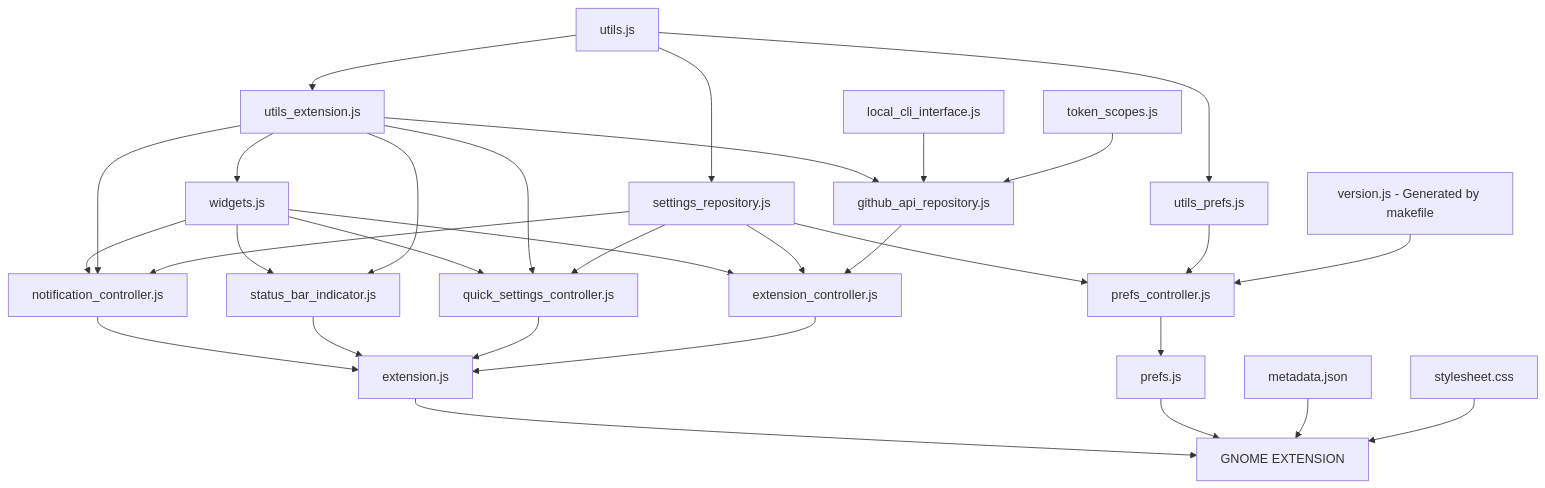
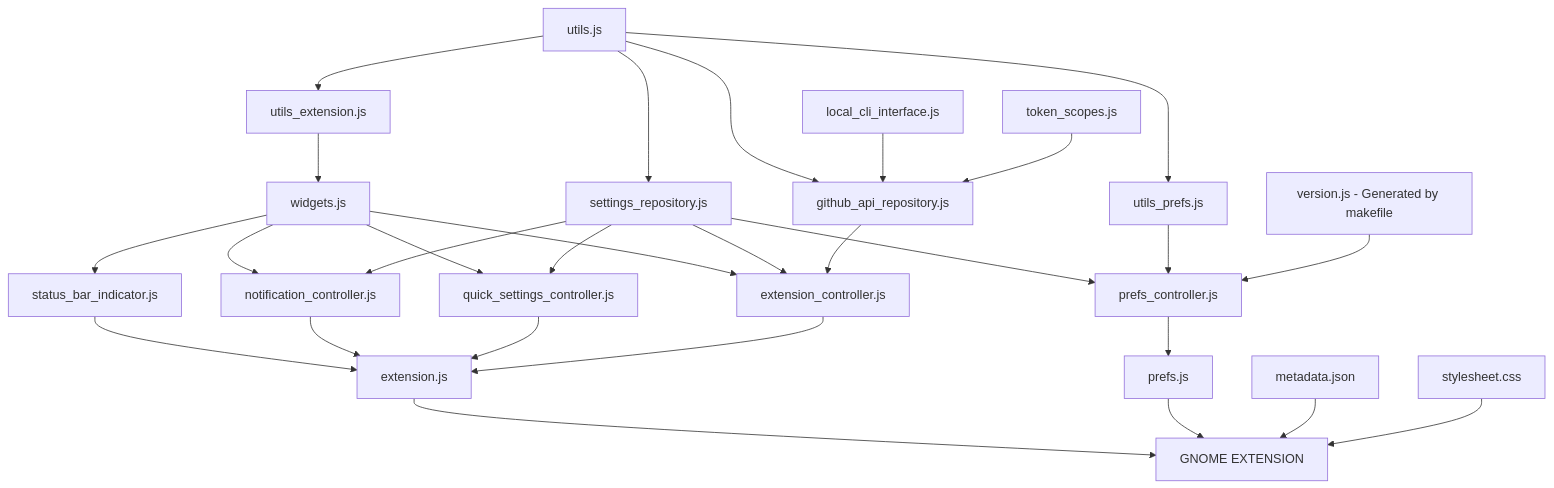
Before and after one commit to arononak/github-actions-gnome-extension: the diagram in README.md, drawn with Mermaid. The commit also changed 9 other files, not shown here.

````diff
--- a/README.md
+++ b/README.md
@@ -32,35 +32,33 @@
 ```mermaid
 graph TD;
     utils.js-->utils_extension.js
-    utils_extension.js-->github_api_repository.js
+    utils.js-->github_api_repository.js
     local_cli_interface.js-->github_api_repository.js
     token_scopes.js-->github_api_repository.js
     widgets.js-->extension_controller.js
     settings_repository.js-->extension_controller.js
     github_api_repository.js-->extension_controller.js
     widgets.js-->status_bar_indicator.js
     widgets.js-->notification_controller.js
+    status_bar_indicator.js-->extension.js
     notification_controller.js-->extension.js
-    status_bar_indicator.js-->extension.js
+    widgets.js-->quick_settings_controller.js
+    settings_repository.js-->quick_settings_controller.js
+    settings_repository.js-->notification_controller.js
+
     quick_settings_controller.js-->extension.js
-    widgets.js-->quick_settings_controller.js
     extension_controller.js-->extension.js
     utils.js-->settings_repository.js
     settings_repository.js-->prefs_controller.js
     utils.js-->utils_prefs.js;
     utils_prefs.js-->prefs_controller.js;
     prefs_controller.js-->prefs.js
     utils_extension.js-->widgets.js
-    utils_extension.js-->quick_settings_controller.js
-    settings_repository.js-->quick_settings_controller.js
-    utils_extension.js-->status_bar_indicator.js
-    utils_extension.js-->notification_controller.js
-    settings_repository.js-->notification_controller.js
 
     version.js[version.js - Generated by makefile]-->prefs_controller.js;
 
     extension.js-->EXTENSION[GNOME EXTENSION]
     prefs.js-->EXTENSION[GNOME EXTENSION]
     metadata.json-->EXTENSION[GNOME EXTENSION]
     stylesheet.css-->EXTENSION[GNOME EXTENSION]
 ```
````
